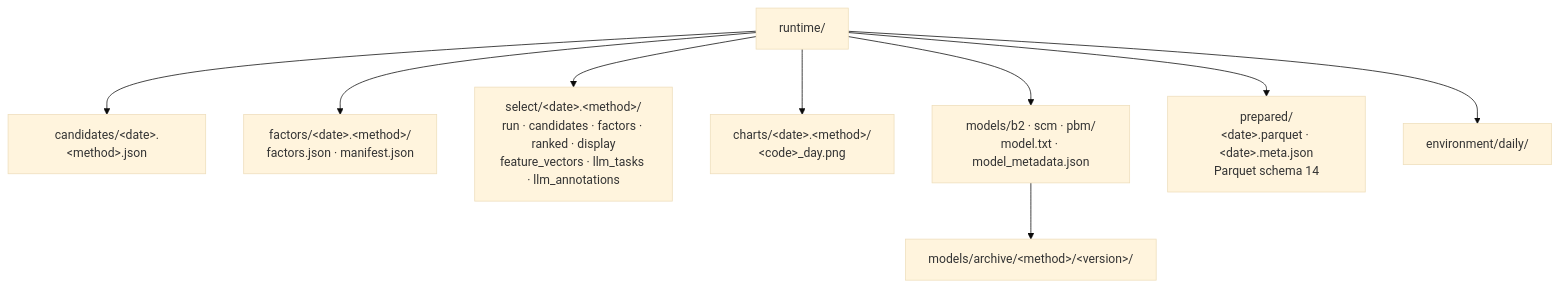
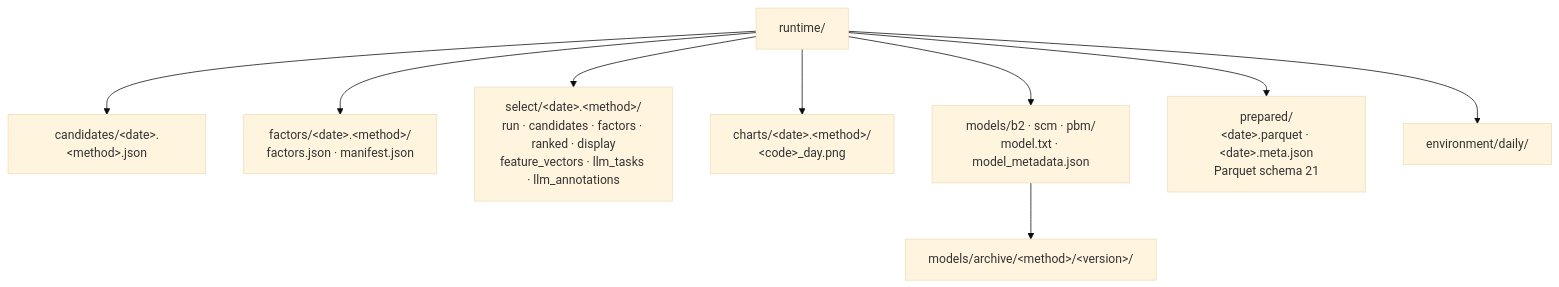
The second of 7 diagrams in docs/architecture.md (T0n0T/stock-select), drawn with Mermaid (base theme) before and after one commit. The commit also changed other lines of this file and 108 other files, not shown here.

````diff
--- a/docs/architecture.md
+++ b/docs/architecture.md
@@ -149,11 +147,11 @@
 ```mermaid
 flowchart TD
     ROOT["runtime/"] --> CAND["candidates/&lt;date&gt;.&lt;method&gt;.json"]
     ROOT --> FACT["factors/&lt;date&gt;.&lt;method&gt;/<br/>factors.json · manifest.json"]
     ROOT --> SELECT["select/&lt;date&gt;.&lt;method&gt;/<br/>run · candidates · factors · ranked · display<br/>feature_vectors · llm_tasks · llm_annotations"]
     ROOT --> CHART["charts/&lt;date&gt;.&lt;method&gt;/<br/>&lt;code&gt;_day.png"]
     ROOT --> MODELS["models/b2 · scm · pbm/<br/>model.txt · model_metadata.json"]
     MODELS --> ARCHIVE["models/archive/&lt;method&gt;/&lt;version&gt;/"]
-    ROOT --> PREP["prepared/<br/>&lt;date&gt;.parquet · &lt;date&gt;.meta.json<br/>Parquet schema 14"]
+    ROOT --> PREP["prepared/<br/>&lt;date&gt;.parquet · &lt;date&gt;.meta.json<br/>Parquet schema 21"]
     ROOT --> ENV["environment/daily/"]
 ```
````
